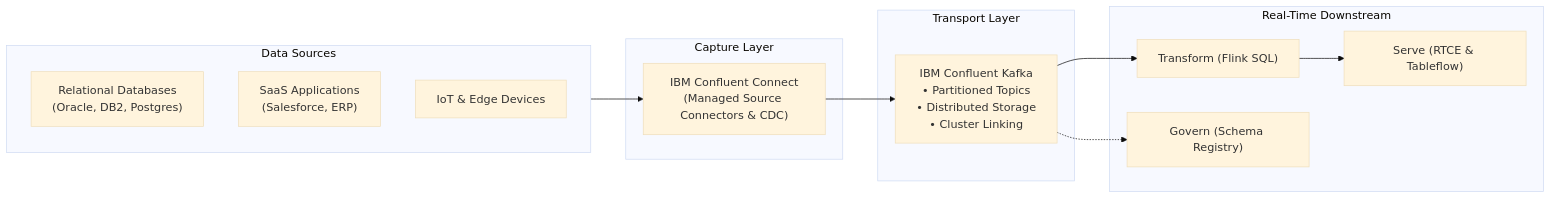
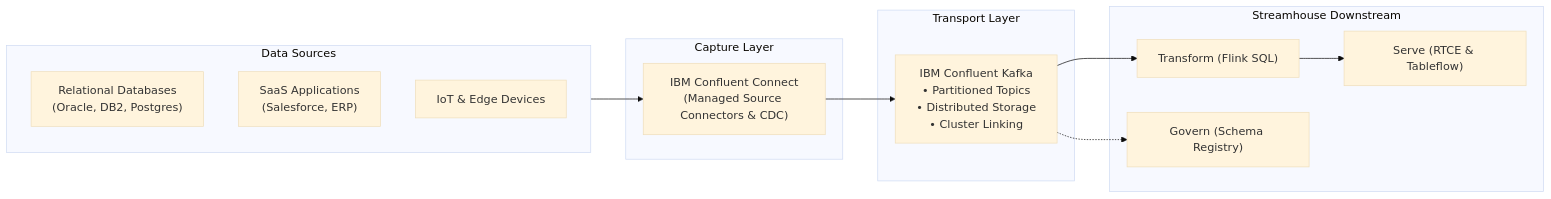
One commit to ibm-self-serve-assets/building-blocks-docs changed the diagram in docs-src/data-streamhouse-core/real-time/stream/index.md. Above: the diagram before and after it, drawn with Mermaid (base theme). The commit also changed other lines of this file and 14 other files, not shown here.

````diff
--- a/docs-src/data-streamhouse-core/real-time/stream/index.md
+++ b/docs-src/data-streamhouse-core/real-time/stream/index.md
@@ -116,28 +116,28 @@
 ```mermaid
 flowchart LR
     subgraph SOURCES["Data Sources"]
         DB["Relational Databases<br/>(Oracle, DB2, Postgres)"]
         SAAS["SaaS Applications<br/>(Salesforce, ERP)"]
         IOT["IoT & Edge Devices"]
     end
 
     subgraph CAPTURE["Capture Layer"]
         CONN["IBM Confluent Connect<br/>(Managed Source Connectors & CDC)"]
     end
 
     subgraph TRANSPORT["Transport Layer"]
         KAFKA["IBM Confluent Kafka<br/>• Partitioned Topics<br/>• Distributed Storage<br/>• Cluster Linking"]
     end
 
-    subgraph DOWNSTREAM["Real-Time Downstream"]
+    subgraph DOWNSTREAM["Streamhouse Downstream"]
         FLINK["Transform (Flink SQL)"]
         GOV["Govern (Schema Registry)"]
         SERVE["Serve (RTCE & Tableflow)"]
     end
 
     SOURCES --> CONN
     CONN --> KAFKA
     KAFKA --> FLINK
     KAFKA -.-> GOV
     FLINK --> SERVE
 ```
````
